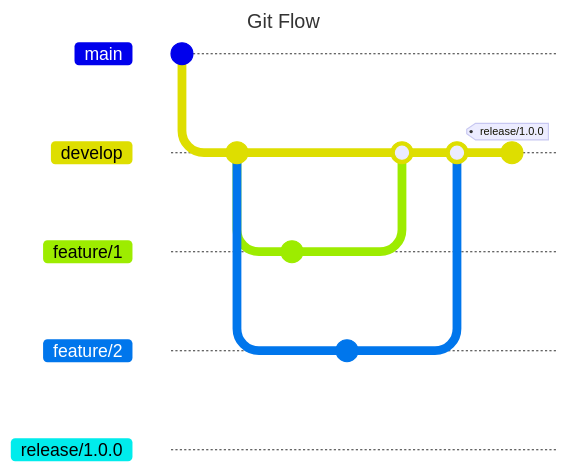
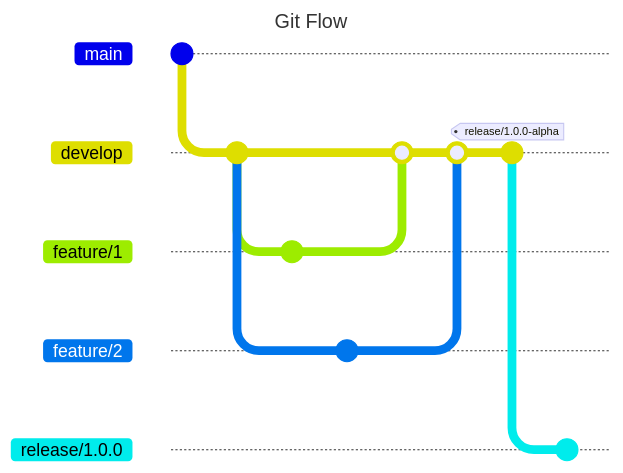
One commit to Weydon-Ding/learn-gitflow changed the diagram in README.md. Above: the diagram before and after it, drawn with Mermaid. Commit ids are hidden.

Commit message:
fix: commit release/1.0.0

````diff
--- a/README.md
+++ b/README.md
@@ -3,26 +3,29 @@
 ```mermaid
 ---
 title: Git Flow
 ---
 
 gitGraph
 
 commit
 branch develop
 
 commit
 branch feature/1
 branch feature/2
 
 checkout feature/1
 commit
 
 checkout feature/2
 commit
 
 checkout develop
 merge feature/1
 merge feature/2
-commit tag:"release/1.0.0"
+commit tag:"release/1.0.0-alpha"
 branch release/1.0.0
+
+checkout release/1.0.0
+commit
 ```
````
